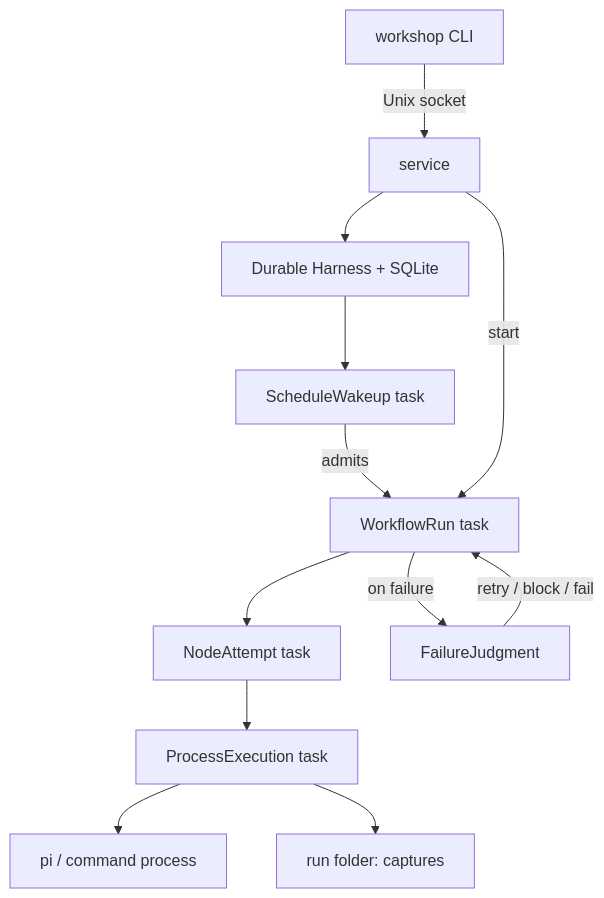
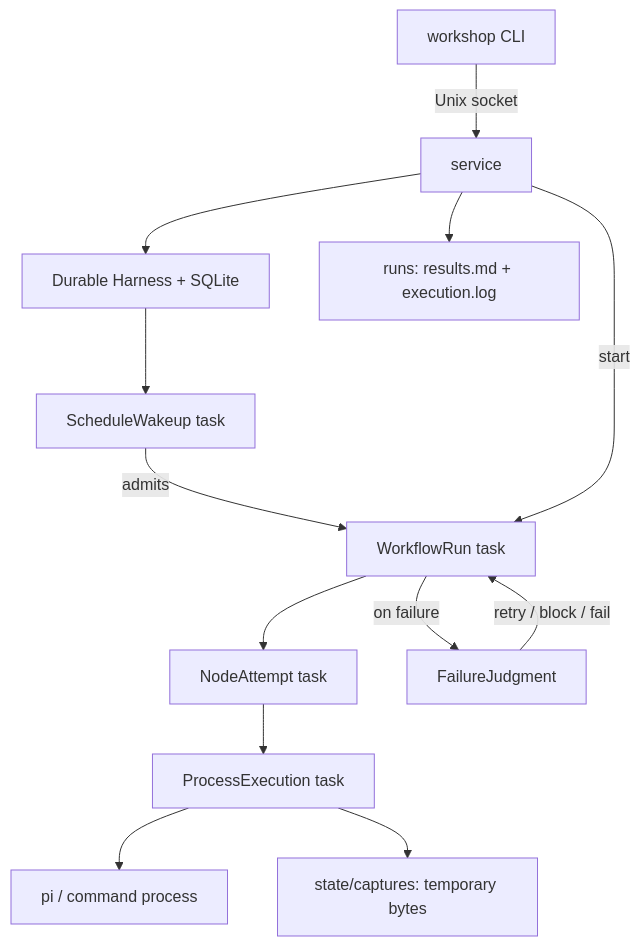
The diagram in CONTRIBUTING.md (kaushikgopal/workshop), drawn with Mermaid before and after one commit. The commit also changed other lines of this file and 25 other files, not shown here.

First line of the commit message:
Retain process evidence durably and project results.md and execution.log

````diff
--- a/CONTRIBUTING.md
+++ b/CONTRIBUTING.md
@@ -113,14 +113,15 @@
 ```mermaid
 flowchart TD
   CLI[workshop CLI] -->|Unix socket| SVC[service]
   SVC --> H[Durable Harness + SQLite]
   H --> SCH[ScheduleWakeup task]
   SCH -->|admits| WR[WorkflowRun task]
   SVC -->|start| WR
   WR --> NA[NodeAttempt task]
   NA --> PE[ProcessExecution task]
   PE --> P[pi / command process]
   WR -->|on failure| FJ[FailureJudgment]
   FJ -->|retry / block / fail| WR
-  PE --> V[run folder: captures]
+  PE --> V[state/captures: temporary bytes]
+  SVC --> RF[runs: results.md + execution.log]
 ```
````
